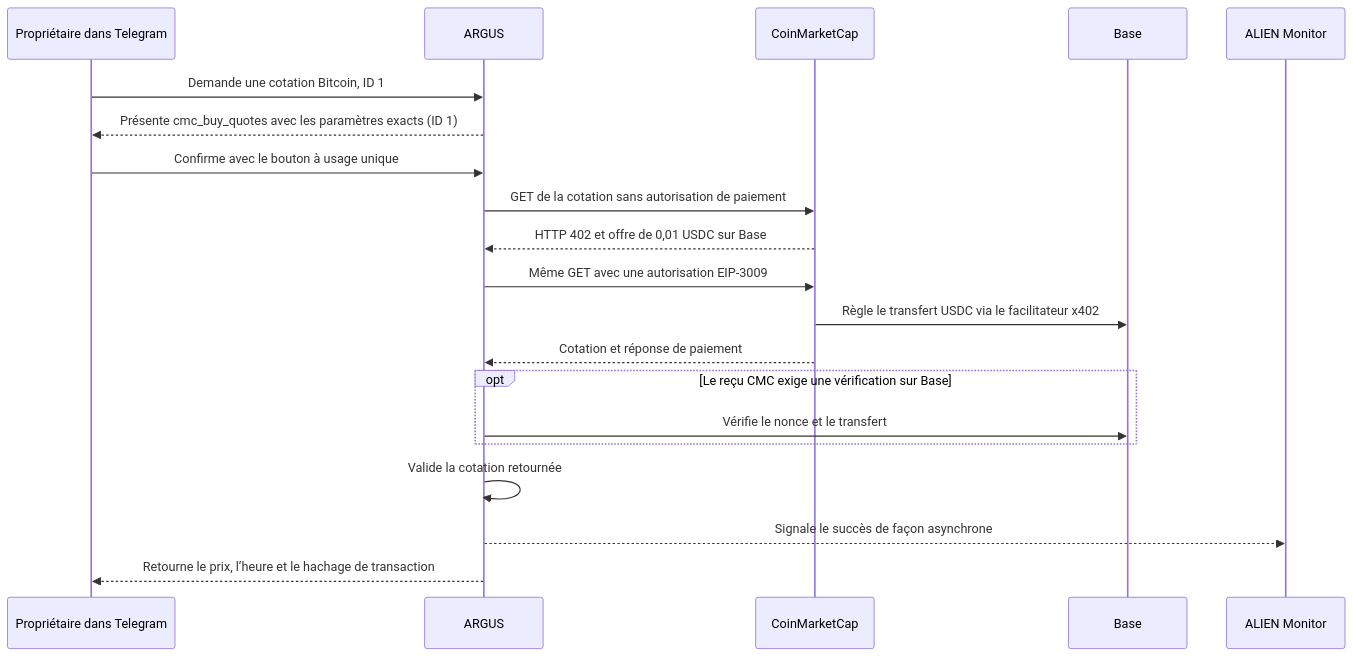
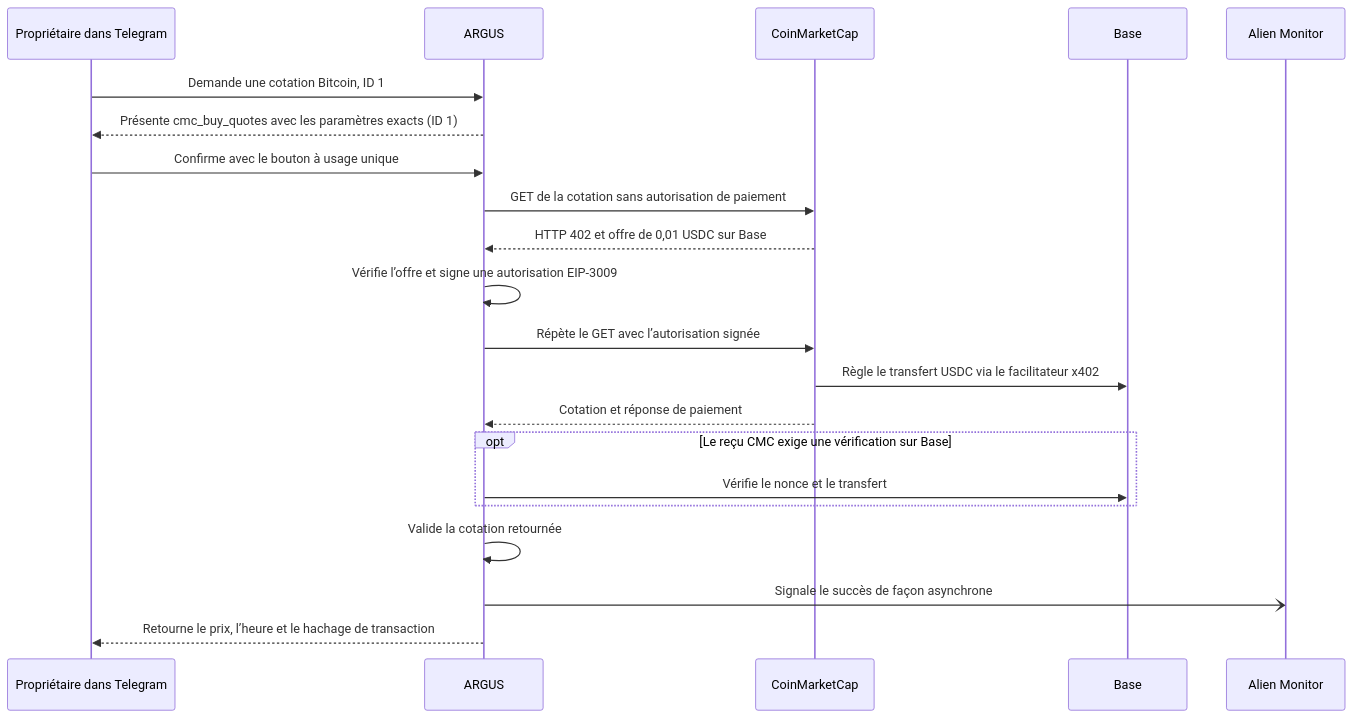
One commit to alexar76/argus changed the diagram in docs/use-case-cmc-telegram-fr.md. Above: the diagram before and after it, drawn with Mermaid. The commit also changed other lines of this file and 19 other files, not shown here.

````diff
--- a/docs/use-case-cmc-telegram-fr.md
+++ b/docs/use-case-cmc-telegram-fr.md
@@ -9,22 +9,23 @@
 ```mermaid
 sequenceDiagram
     participant O as Propriétaire dans Telegram
     participant A as ARGUS
     participant C as CoinMarketCap
     participant B as Base
-    participant M as ALIEN Monitor
+    participant M as Alien Monitor
     O->>A: Demande une cotation Bitcoin, ID 1
     A-->>O: Présente cmc_buy_quotes avec les paramètres exacts (ID 1)
     O->>A: Confirme avec le bouton à usage unique
     A->>C: GET de la cotation sans autorisation de paiement
     C-->>A: HTTP 402 et offre de 0,01 USDC sur Base
-    A->>C: Même GET avec une autorisation EIP-3009
+    A->>A: Vérifie l’offre et signe une autorisation EIP-3009
+    A->>C: Répète le GET avec l’autorisation signée
     C->>B: Règle le transfert USDC via le facilitateur x402
     C-->>A: Cotation et réponse de paiement
     opt Le reçu CMC exige une vérification sur Base
         A->>B: Vérifie le nonce et le transfert
     end
     A->>A: Valide la cotation retournée
-    A-->>M: Signale le succès de façon asynchrone
+    A-)M: Signale le succès de façon asynchrone
     A-->>O: Retourne le prix, l’heure et le hachage de transaction
 ```
````
